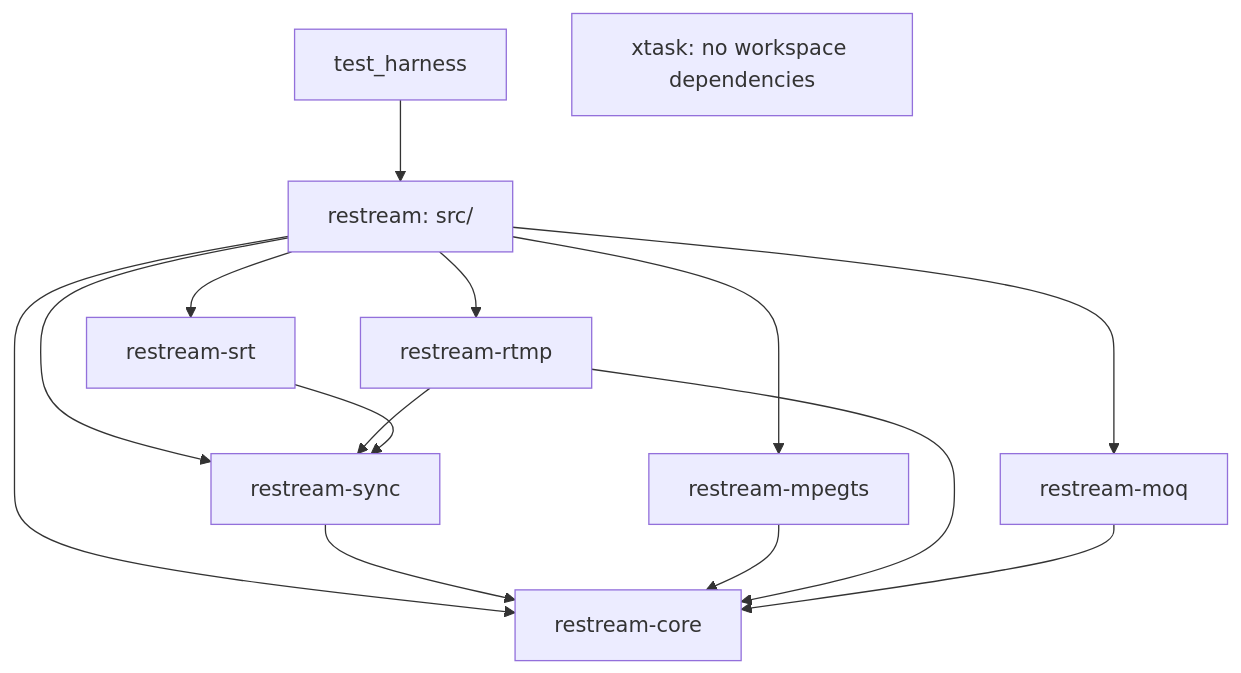
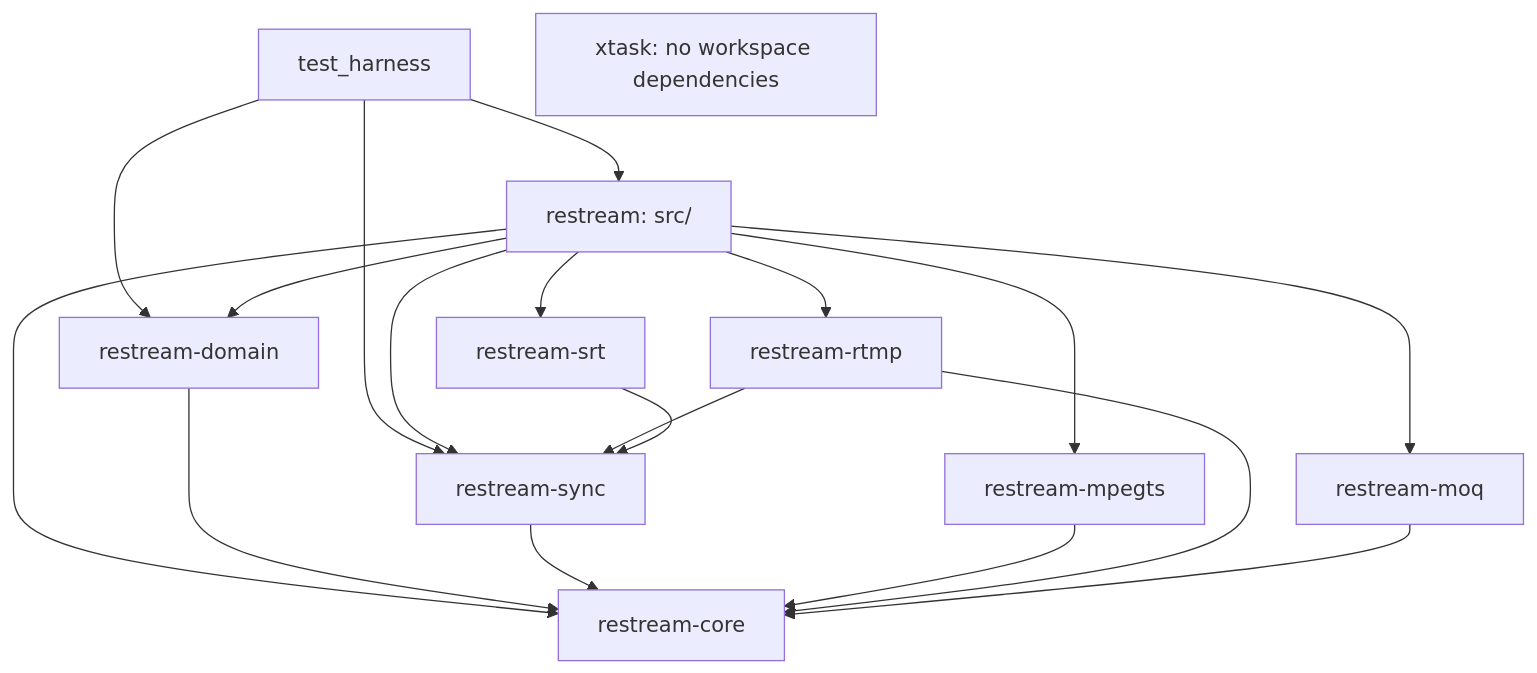
The third of 7 diagrams in docs/architecture.md (krsna1729/restream), drawn with Mermaid before and after one commit. The commit also changed other lines of this file and 190 other files, not shown here.

````diff
--- a/docs/architecture.md
+++ b/docs/architecture.md
@@ -115,17 +115,21 @@
 ```mermaid
 flowchart TD
     Harness["test_harness"] --> App["restream: src/"]
+    Harness --> Domain
+    Harness --> Sync
     App --> Core["restream-core"]
+    App --> Domain["restream-domain"]
     App --> Sync["restream-sync"]
     App --> Ts["restream-mpegts"]
     App --> Rtmp["restream-rtmp"]
     App --> Srt["restream-srt"]
     App --> Moq["restream-moq"]
+    Domain --> Core
     Sync --> Core
     Ts --> Core
     Rtmp --> Core
     Rtmp --> Sync
     Srt --> Sync
     Moq --> Core
     Xtask["xtask: no workspace dependencies"]
 ```
````
